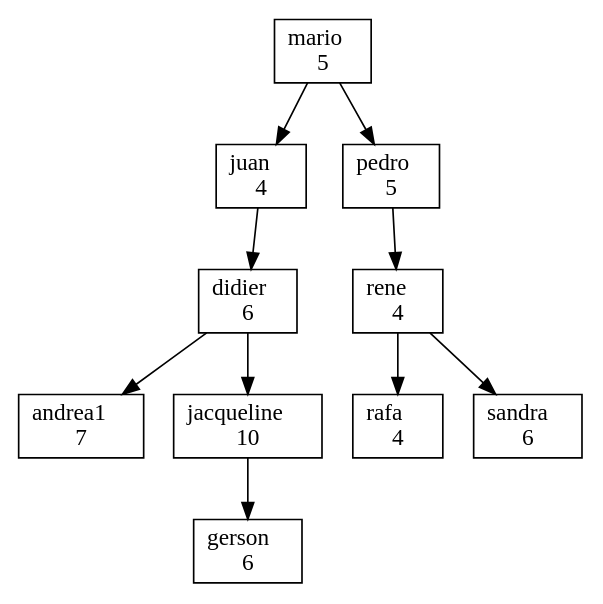
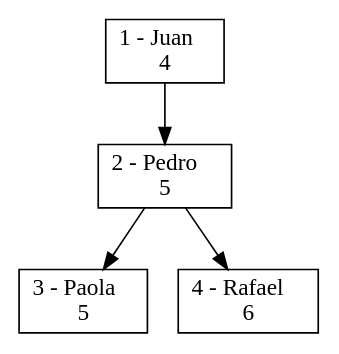
Before and after one commit to elJuanjoRamos/EDD_1S2020_PY1_201801262: the diagram in EDD_Proyecto1/EDD_Proyecto1/ArbolBinarioBusqueda.dot, drawn with Graphviz. The commit also changed 26 other files, not shown here.

```diff
--- a/EDD_Proyecto1/EDD_Proyecto1/ArbolBinarioBusqueda.dot
+++ b/EDD_Proyecto1/EDD_Proyecto1/ArbolBinarioBusqueda.dot
@@ -1,22 +1,10 @@
 digraph grafica{
 rankdir=TB;node [shape = record, style=filled, fillcolor=white];
-nodo1[ label ="mario\l5"];
-nodo3[ label ="juan\l4"];
-nodo4[ label ="didier\l6"];
-nodo9 [ label ="andrea1\l7"];
-nodo4->nodo9
-nodo5[ label ="jacqueline\l10"];
-nodo8 [ label ="gerson\l6"];
-nodo5->nodo8
-nodo4->nodo5
-nodo3->nodo4
-nodo1->nodo3
-nodo2[ label ="pedro\l5"];
-nodo6[ label ="rene\l4"];
-nodo7 [ label ="rafa\l4"];
-nodo6->nodo7
-nodo10 [ label ="sandra\l6"];
-nodo6->nodo10
-nodo2->nodo6
+nodo1[ label ="1 - Juan\l4"];
+nodo2[ label ="2 - Pedro\l5"];
+nodo3 [ label ="3 - Paola\l5"];
+nodo2->nodo3
+nodo4 [ label ="4 - Rafael\l6"];
+nodo2->nodo4
 nodo1->nodo2
 }
```
